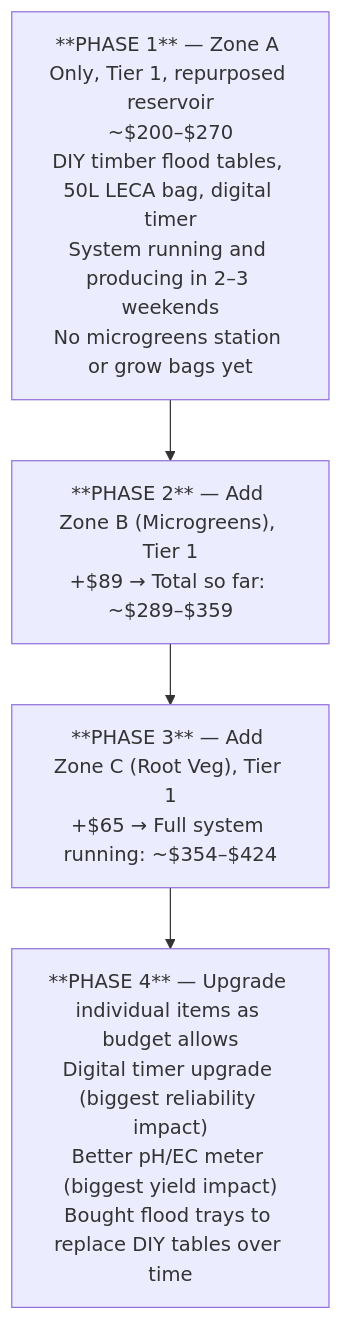
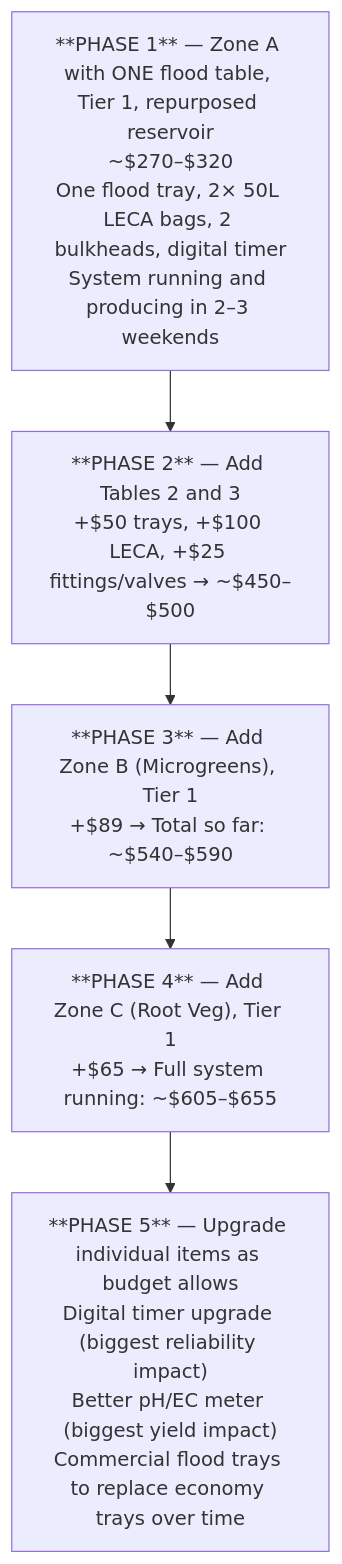
The first of 3 diagrams in guide/ebb-and-flow/12-budget-and-sourcing.md (UncleJS/guide_hydroponics), drawn with Mermaid before and after one commit. The commit also changed other lines of this file and 22 other files, not shown here.

````diff
--- a/guide/ebb-and-flow/12-budget-and-sourcing.md
+++ b/guide/ebb-and-flow/12-budget-and-sourcing.md
@@ -362,9 +362,10 @@
 ```mermaid
 flowchart TD
-    P1["**PHASE 1** — Zone A Only, Tier 1, repurposed reservoir<br/>~$200–$270<br/>DIY timber flood tables, 50L LECA bag, digital timer<br/>System running and producing in 2–3 weekends<br/>No microgreens station or grow bags yet"]
-    P2["**PHASE 2** — Add Zone B (Microgreens), Tier 1<br/>+$89 → Total so far: ~$289–$359"]
-    P3["**PHASE 3** — Add Zone C (Root Veg), Tier 1<br/>+$65 → Full system running: ~$354–$424"]
-    P4["**PHASE 4** — Upgrade individual items as budget allows<br/>Digital timer upgrade (biggest reliability impact)<br/>Better pH/EC meter (biggest yield impact)<br/>Bought flood trays to replace DIY tables over time"]
+    P1["**PHASE 1** — Zone A with ONE flood table, Tier 1, repurposed reservoir<br/>~$270–$320<br/>One flood tray, 2× 50L LECA bags, 2 bulkheads, digital timer<br/>System running and producing in 2–3 weekends"]
+    P2["**PHASE 2** — Add Tables 2 and 3<br/>+$50 trays, +$100 LECA, +$25 fittings/valves → ~$450–$500"]
+    P3["**PHASE 3** — Add Zone B (Microgreens), Tier 1<br/>+$89 → Total so far: ~$540–$590"]
+    P4["**PHASE 4** — Add Zone C (Root Veg), Tier 1<br/>+$65 → Full system running: ~$605–$655"]
+    P5["**PHASE 5** — Upgrade individual items as budget allows<br/>Digital timer upgrade (biggest reliability impact)<br/>Better pH/EC meter (biggest yield impact)<br/>Commercial flood trays to replace economy trays over time"]
 
-    P1 --> P2 --> P3 --> P4
+    P1 --> P2 --> P3 --> P4 --> P5
 ```
````
